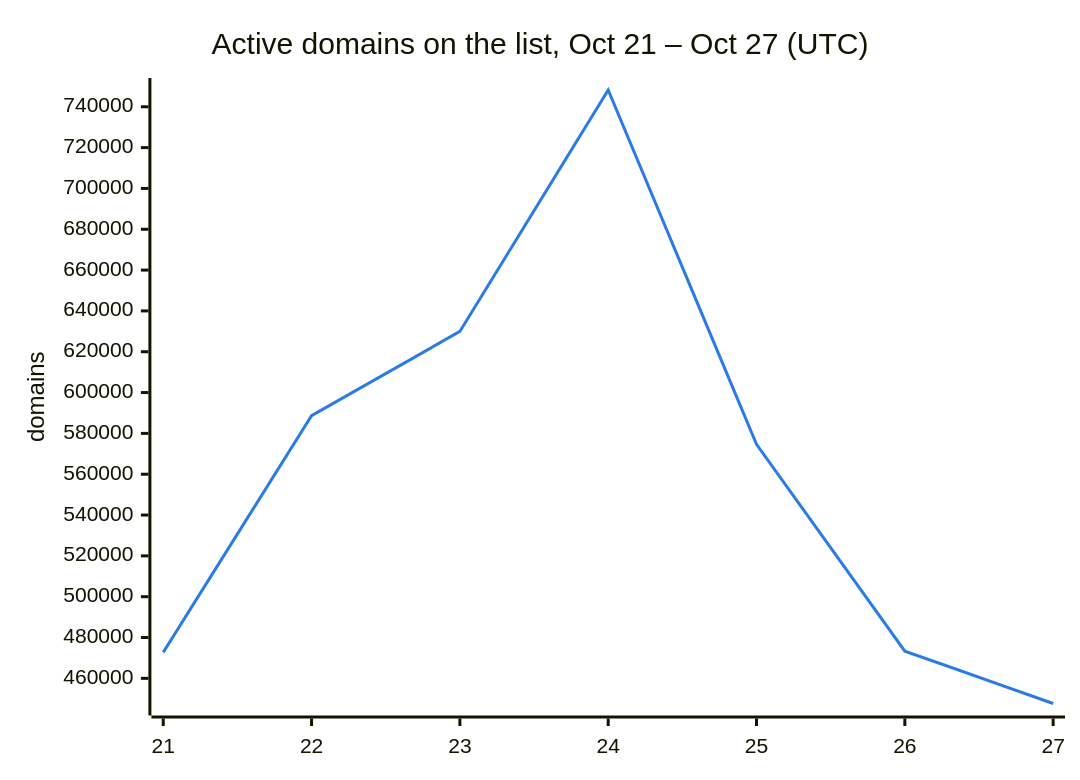
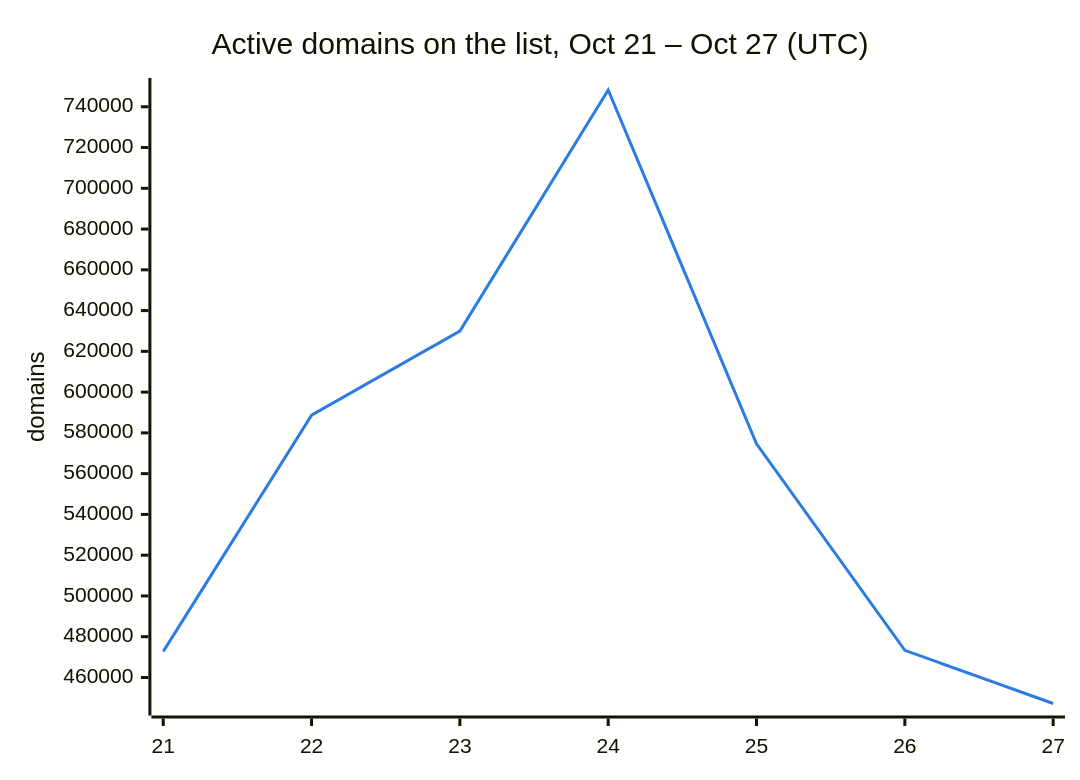
The second of 3 diagrams in README.md (DNSBunker/CTI), drawn with Mermaid before and after one commit. The commit also changed other lines of this file and 3 other files, not shown here.

````diff
--- a/README.md
+++ b/README.md
@@ -38,8 +38,8 @@
 ```mermaid
 %%{init: {"themeVariables": {"xyChart": {"plotColorPalette": "#2c7be5"}}}}%%
 xychart-beta
     title "Active domains on the list, Oct 21 – Oct 27 (UTC)"
     x-axis ["21", "22", "23", "24", "25", "26", "27"]
     y-axis "domains"
-    line [472713, 588659, 629951, 748222, 574614, 473331, 447677]
+    line [472713, 588659, 629951, 748222, 574614, 473331, 447233]
 ```
````
